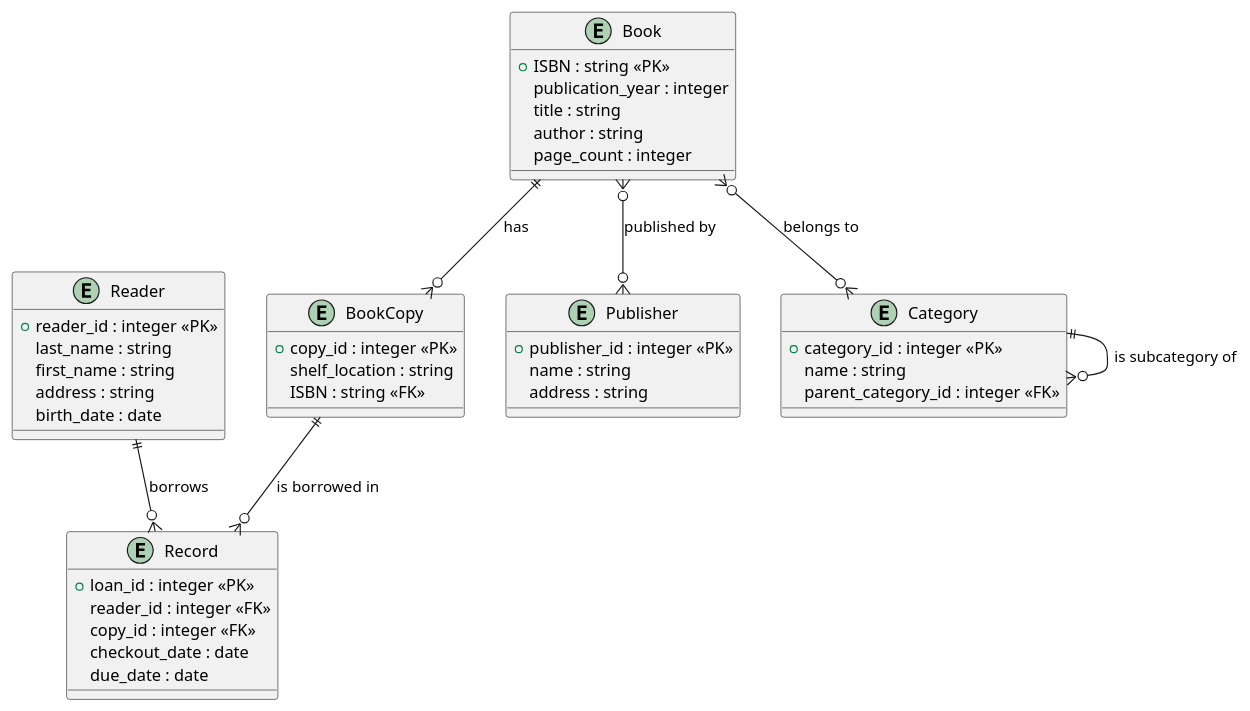
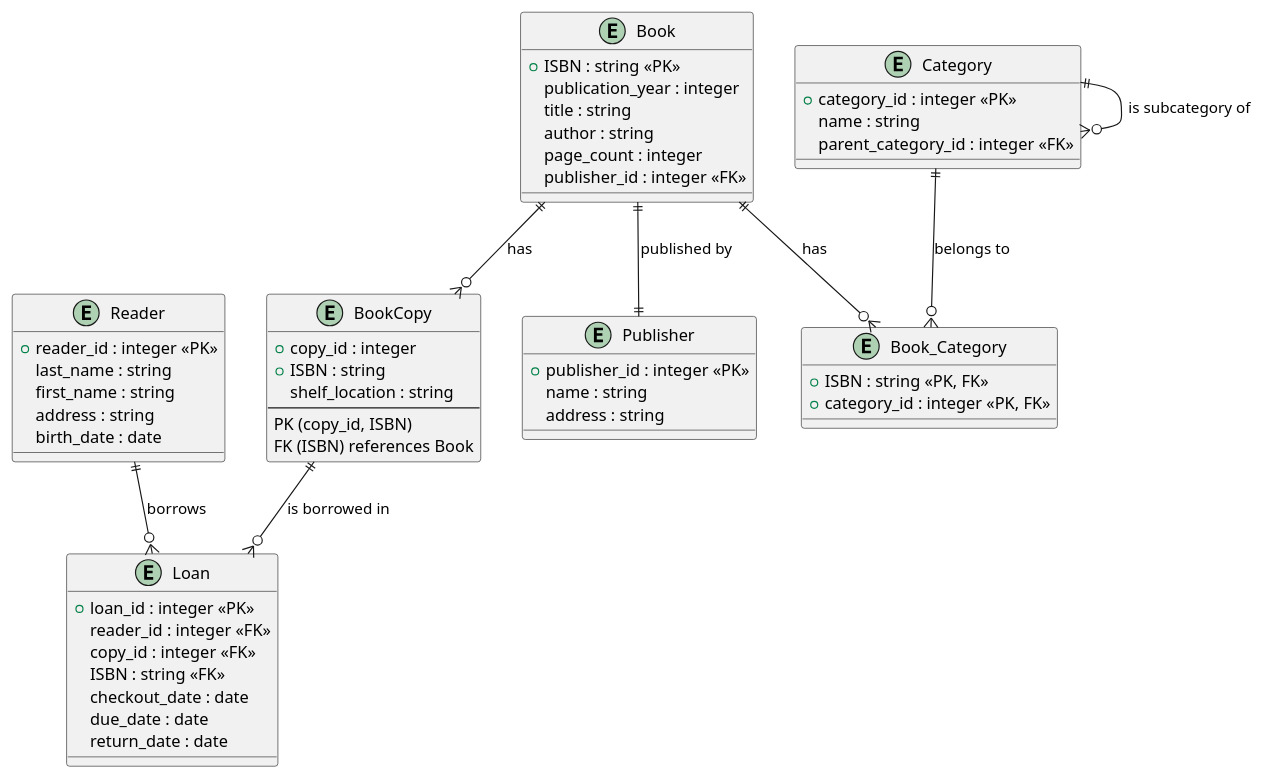
One commit to aspisov/Courses changed the diagram in hse_databases/hw3/1.plantuml. Above: the diagram before and after it, drawn with PlantUML. The commit also changed 2831 other files, not shown here.

```diff
--- a/hse_databases/hw3/1.plantuml
+++ b/hse_databases/hw3/1.plantuml
@@ -1,50 +1,62 @@
 @startuml Library System
 entity "BookCopy" {
-    +copy_id : integer <<PK>>
+    +copy_id : integer
+    +ISBN : string
     shelf_location : string
-    ISBN : string <<FK>>
+    --
+    PK (copy_id, ISBN)
+    FK (ISBN) references Book
 }
 
 entity "Book" {
     +ISBN : string <<PK>>
     publication_year : integer
     title : string
     author : string
     page_count : integer
+    publisher_id : integer <<FK>>
 }
 
 entity "Publisher" {
     +publisher_id : integer <<PK>>
     name : string
     address : string
 }
 
 entity "Category" {
     +category_id : integer <<PK>>
     name : string
     parent_category_id : integer <<FK>>
 }
 
 entity "Reader" {
     +reader_id : integer <<PK>>
     last_name : string
     first_name : string
     address : string
     birth_date : date
 }
 
-entity "Record" {
+entity "Loan" {
     +loan_id : integer <<PK>>
     reader_id : integer <<FK>>
     copy_id : integer <<FK>>
+    ISBN : string <<FK>>
     checkout_date : date
     due_date : date
+    return_date : date
+}
+
+entity "Book_Category" {
+    +ISBN : string <<PK, FK>>
+    +category_id : integer <<PK, FK>>
 }
 
 Book ||--o{ BookCopy: "has"
-Book }o--o{ Publisher: "published by"
-Book }o--o{ Category: "belongs to"
+Book ||--|| Publisher: "published by"
+Book ||--o{ Book_Category: "has"
+Category ||--o{ Book_Category: "belongs to"
 Category ||--o{ Category : "is subcategory of"
-Reader ||--o{ Record : "borrows"
-BookCopy ||--o{ Record : "is borrowed in"
+Reader ||--o{ Loan : "borrows"
+BookCopy ||--o{ Loan : "is borrowed in"
 @enduml
```
